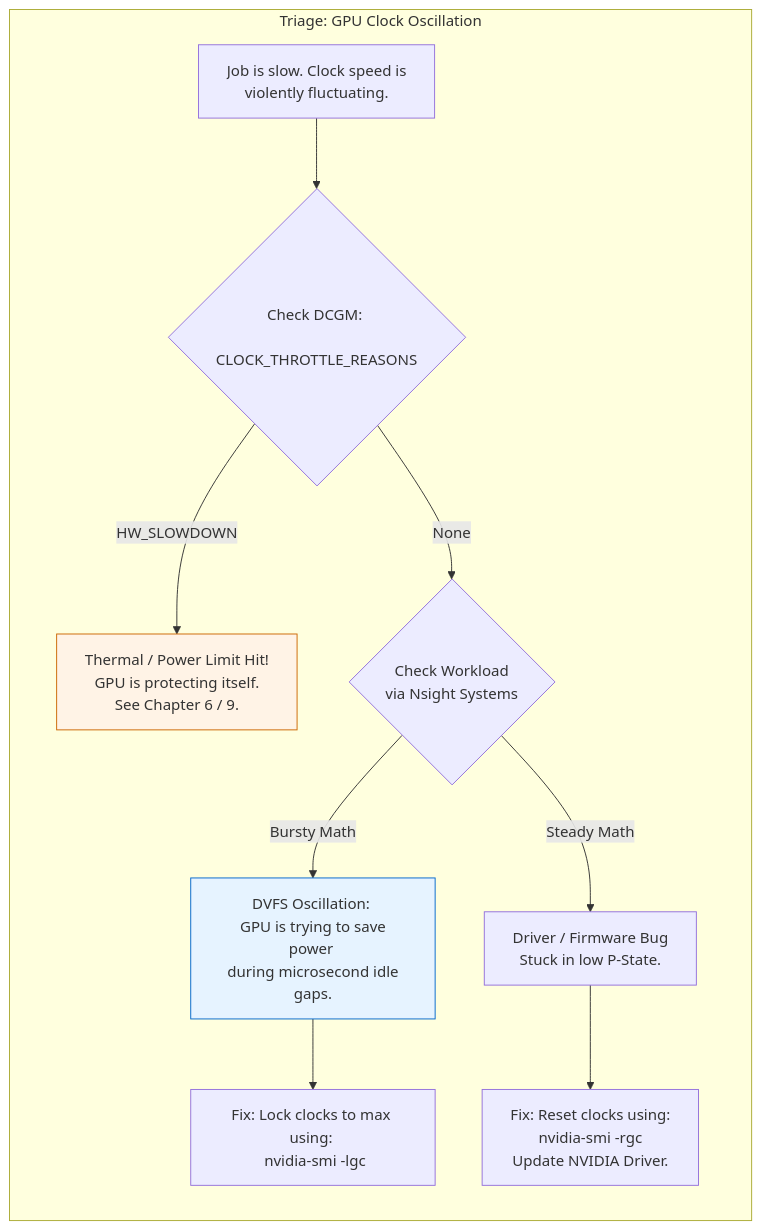
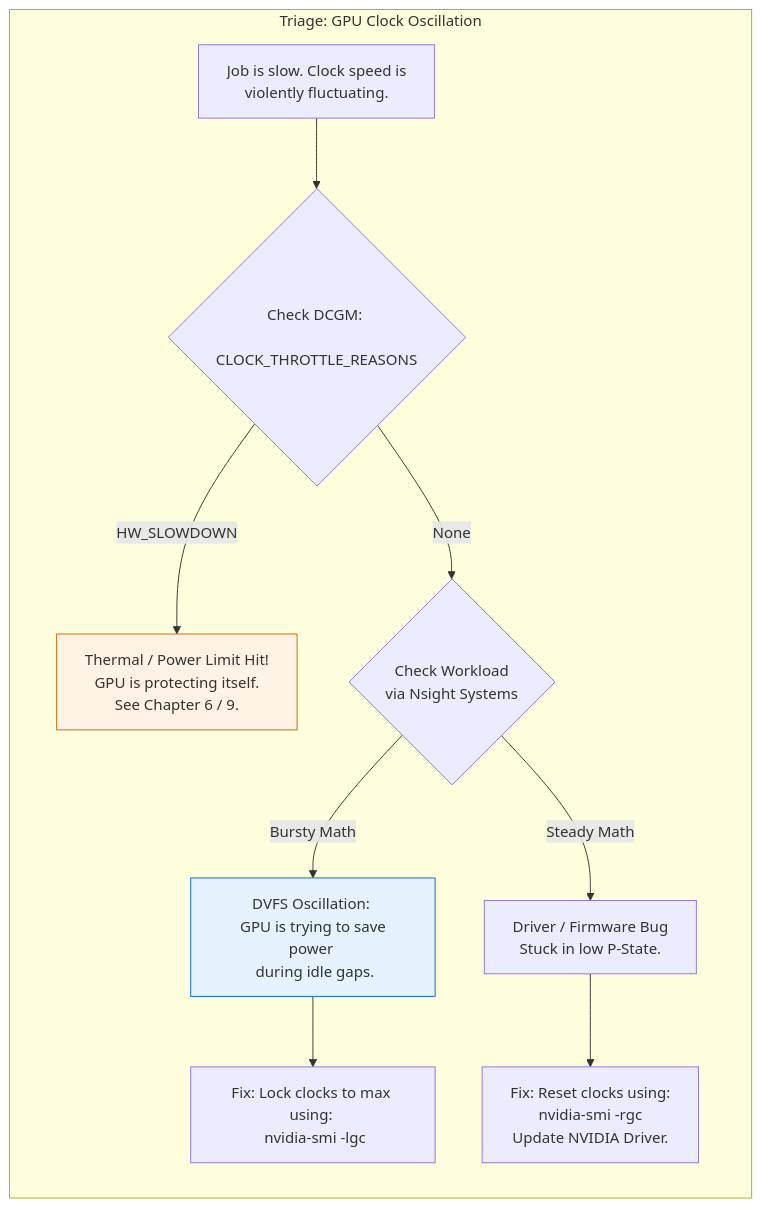
Before and after one commit to jithinpnjm/nvidia-devops: the second of 2 diagrams in docs/nvidia-zero-to-hero/volume-20/chapter-10-clock-instability-and-frequency-scaling-problems.md, drawn with Mermaid. The commit also changed other lines of this file and 289 other files, not shown here.

````diff
--- a/docs/nvidia-zero-to-hero/volume-20/chapter-10-clock-instability-and-frequency-scaling-problems.md
+++ b/docs/nvidia-zero-to-hero/volume-20/chapter-10-clock-instability-and-frequency-scaling-problems.md
@@ -411,23 +391,23 @@
 ```mermaid
 flowchart TD
     subgraph Triage_Clock_Instability["Triage: GPU Clock Oscillation"]
         direction TB
         
         Alert[Job is slow. Clock speed is <br/> violently fluctuating.]
         
         Alert --> Check1{Check DCGM: <br/> CLOCK_THROTTLE_REASONS}
         
         Check1 -->|HW_SLOWDOWN| Thermal[Thermal / Power Limit Hit! <br/> GPU is protecting itself. <br/> See Chapter 6 / 9.]
         
         Check1 -->|None| Check2{Check Workload <br/> via Nsight Systems}
         
-        Check2 -->|Bursty Math| DVFS[DVFS Oscillation: <br/> GPU is trying to save power <br/> during microsecond idle gaps.]
+        Check2 -->|Bursty Math| DVFS[DVFS Oscillation: <br/> GPU is trying to save power <br/> during idle gaps.]
         Check2 -->|Steady Math| Bug[Driver / Firmware Bug <br/> Stuck in low P-State.]
         
         DVFS --> Fix1[Fix: Lock clocks to max using: <br/> nvidia-smi -lgc]
         Bug --> Fix2[Fix: Reset clocks using: <br/> nvidia-smi -rgc <br/> Update NVIDIA Driver.]
     end
     
     style Thermal fill:#fff3e6,stroke:#cc6600
     style DVFS fill:#e6f3ff,stroke:#0066cc
 ```
````
